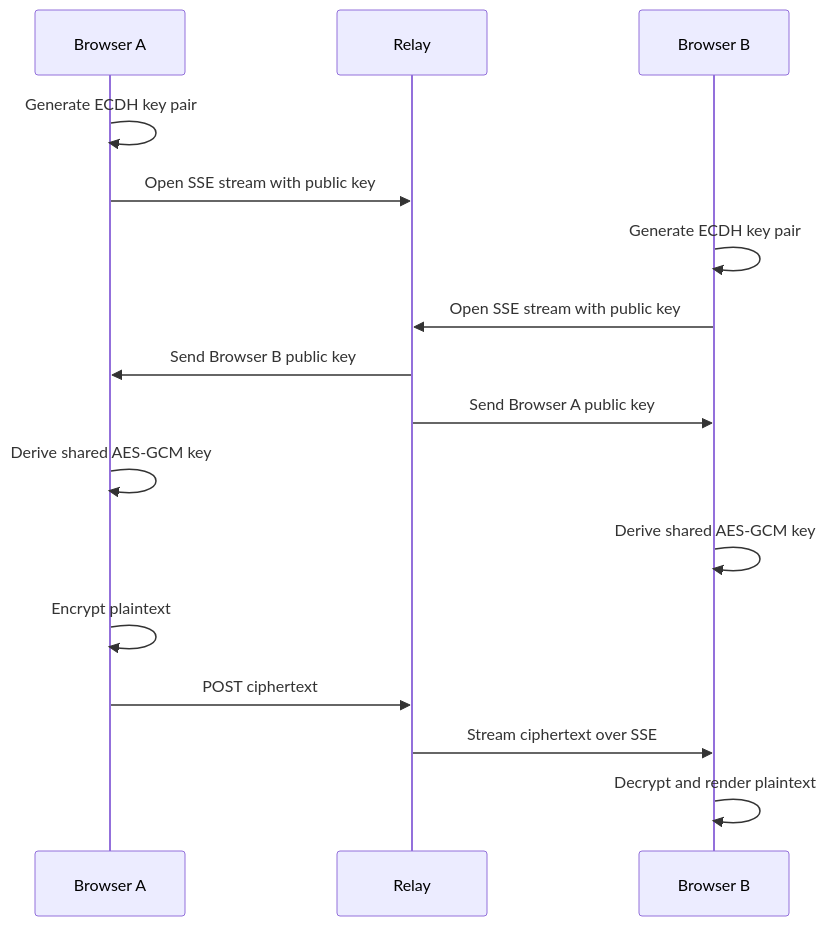
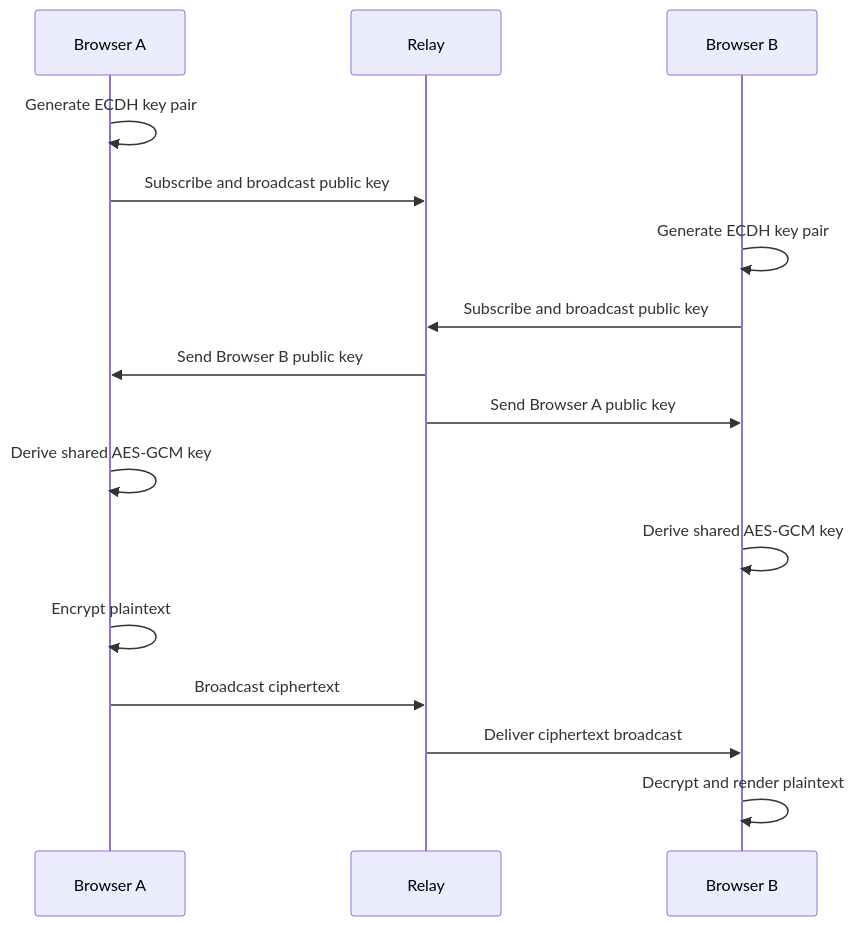
One commit to matthewlovestocode/e2echat changed the third of 3 diagrams in docs/architecture.md. Above: the diagram before and after it, drawn with Mermaid. The commit also changed other lines of this file and 19 other files, not shown here.

````diff
--- a/docs/architecture.md
+++ b/docs/architecture.md
@@ -75,19 +75,19 @@
 ```mermaid
 sequenceDiagram
   participant A as Browser A
   participant S as Relay
   participant B as Browser B
 
   A->>A: Generate ECDH key pair
-  A->>S: Open SSE stream with public key
+  A->>S: Subscribe and broadcast public key
   B->>B: Generate ECDH key pair
-  B->>S: Open SSE stream with public key
+  B->>S: Subscribe and broadcast public key
   S->>A: Send Browser B public key
   S->>B: Send Browser A public key
   A->>A: Derive shared AES-GCM key
   B->>B: Derive shared AES-GCM key
   A->>A: Encrypt plaintext
-  A->>S: POST ciphertext
-  S->>B: Stream ciphertext over SSE
+  A->>S: Broadcast ciphertext
+  S->>B: Deliver ciphertext broadcast
   B->>B: Decrypt and render plaintext
 ```
````
